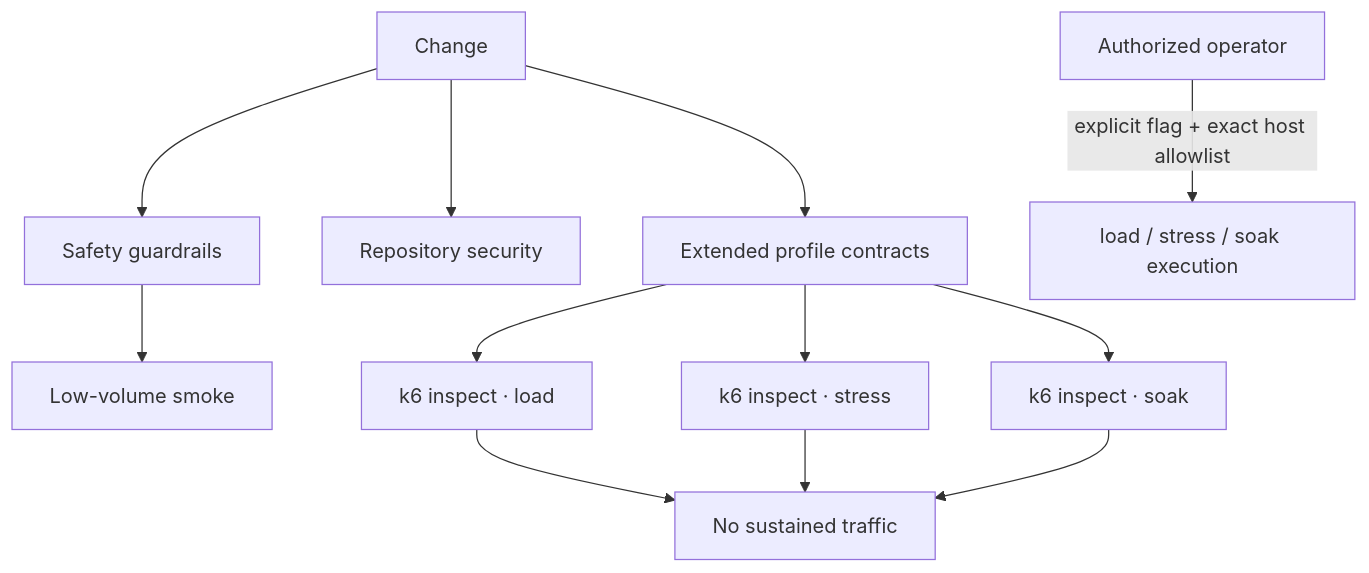
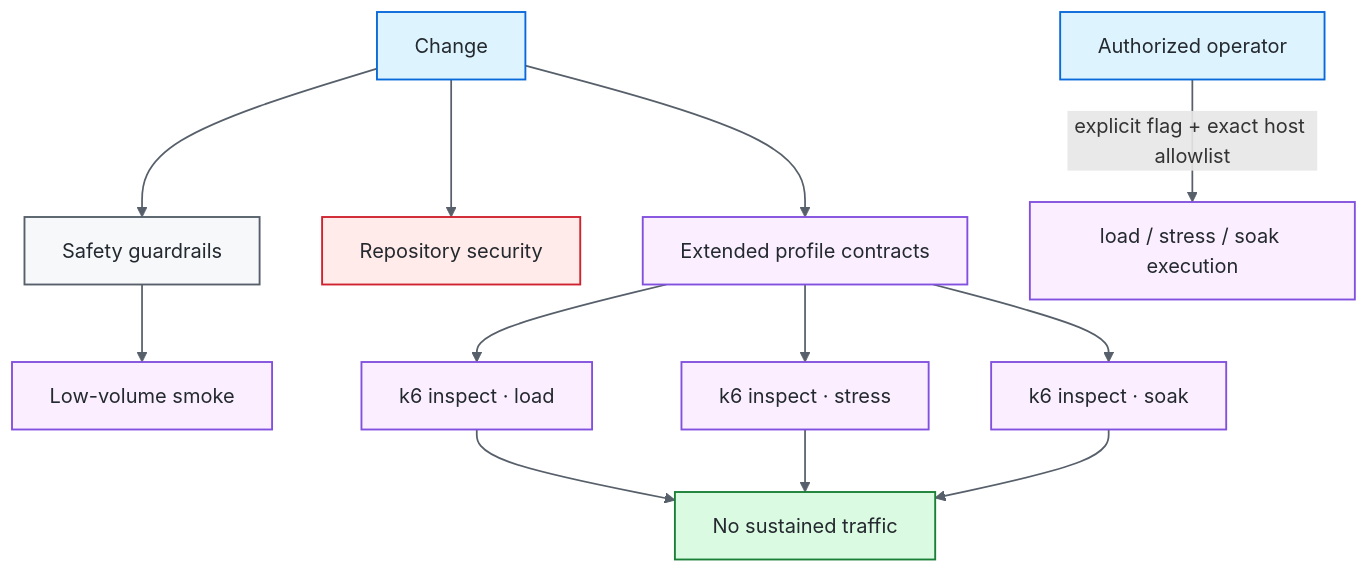
Before and after one commit to portyu9/qa-automation-load-k6: the first of 3 diagrams in README.md, drawn with Mermaid. The commit also changed other lines of this file, not shown here.

Commit message:
Polish badges and Mermaid diagrams (#8)

````diff
--- a/README.md
+++ b/README.md
@@ -34,14 +33,26 @@
 ```mermaid
 flowchart TD
     CHANGE[Change] --> GUARD[Safety guardrails]
     GUARD --> SMOKE[Low-volume smoke]
     CHANGE --> SEC[Repository security]
     CHANGE --> EXT[Extended profile contracts]
     EXT --> L[k6 inspect · load]
     EXT --> ST[k6 inspect · stress]
     EXT --> SO[k6 inspect · soak]
     L --> ZERO[No sustained traffic]
     ST --> ZERO
     SO --> ZERO
     OP[Authorized operator] -->|explicit flag + exact host allowlist| RUN[load / stress / soak execution]
+
+    classDef entry fill:#ddf4ff,stroke:#0969da,color:#24292f,stroke-width:1.5px;
+    classDef core fill:#f6f8fa,stroke:#57606a,color:#24292f,stroke-width:1.5px;
+    classDef gate fill:#fbefff,stroke:#8250df,color:#24292f,stroke-width:1.5px;
+    classDef evidence fill:#dafbe1,stroke:#1a7f37,color:#24292f,stroke-width:1.5px;
+    classDef security fill:#ffebe9,stroke:#cf222e,color:#24292f,stroke-width:1.5px;
+    class CHANGE,OP entry;
+    class GUARD core;
+    class SMOKE,EXT,L,ST,SO,RUN gate;
+    class SEC security;
+    class ZERO evidence;
+    linkStyle default stroke:#57606a,stroke-width:1.4px;
 ```
````
